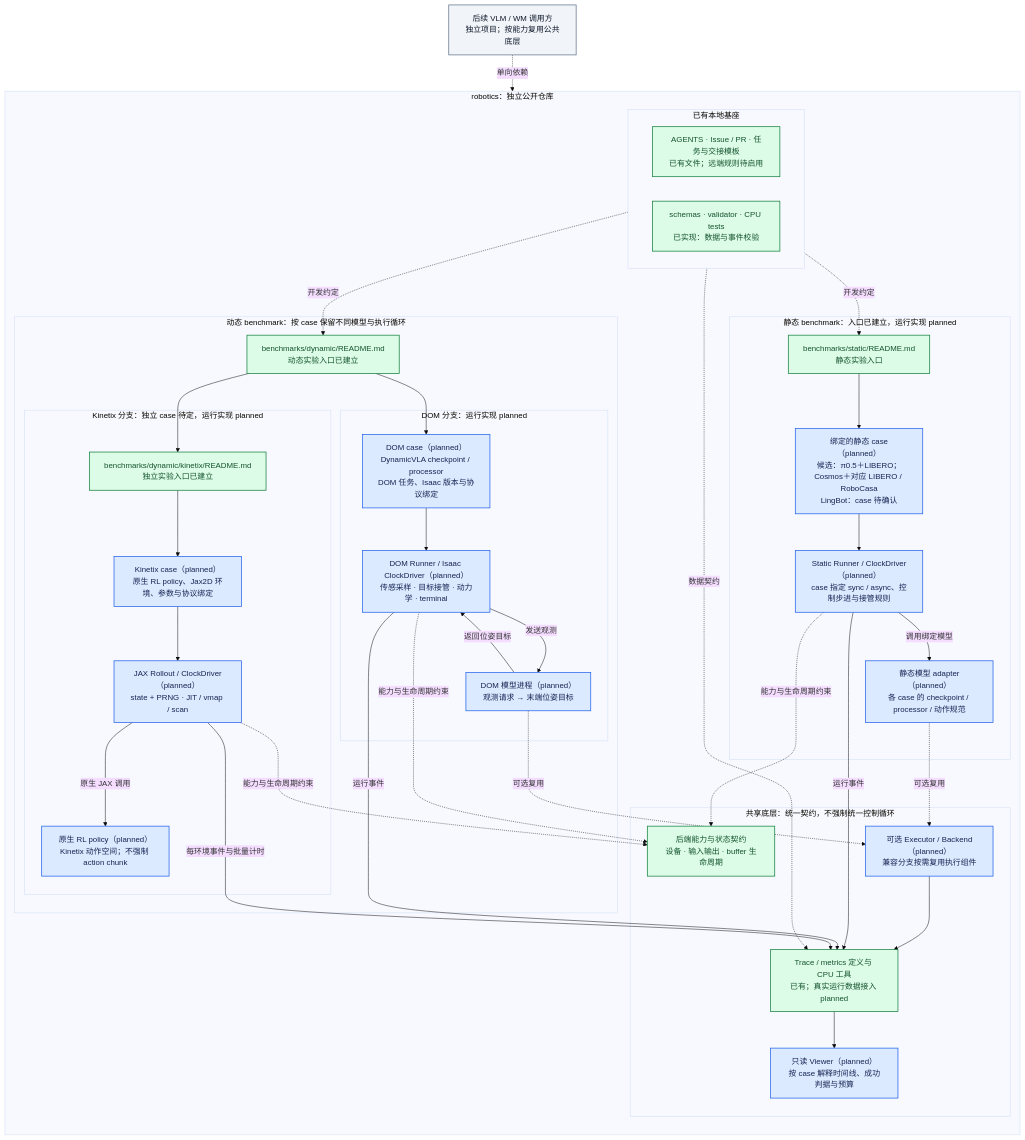
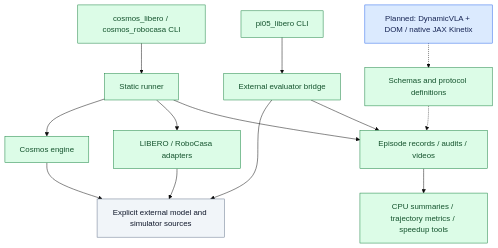
The diagram in docs/diagrams/01-architecture.mmd (Ther-nullptr/robotics-the-speedup-paradox), drawn with Mermaid (base theme) before and after one commit. The commit also changed 19 other files, not shown here.

```diff
--- a/docs/diagrams/01-architecture.mmd
+++ b/docs/diagrams/01-architecture.mmd
@@ -1,75 +1,21 @@
 flowchart TB
-    accTitle: Case-Bound Static and Dynamic Benchmark Architecture
-    accDescr: Static and dynamic benchmarks bind compatible models, processors, tasks, environments and protocols into cases. DOM uses a model process and Isaac clock driver; Kinetix uses a native RL policy and JAX rollout. They share contracts, capability descriptions, trace and metric definitions, with optional execution component reuse. Green nodes are existing documents or CPU tools; all model execution is planned.
-
-    subgraph public_repo["robotics：独立公开仓库"]
-        direction TB
-        subgraph foundation["已有本地基座"]
-            direction LR
-            collaboration["AGENTS · Issue / PR · 任务与交接模板<br/>已有文件；远端规则待启用"]
-            contracts["schemas · validator · CPU tests<br/>已实现：数据与事件校验"]
-        end
-
-        subgraph static_track["静态 benchmark：入口已建立，运行实现 planned"]
-            static_entry["benchmarks/static/README.md<br/>静态实验入口"]
-            static_case["绑定的静态 case（planned）<br/>候选：π0.5＋LIBERO；Cosmos＋对应 LIBERO / RoboCasa<br/>LingBot：case 待确认"]
-            static_policy["静态模型 adapter（planned）<br/>各 case 的 checkpoint / processor / 动作规范"]
-            static_driver["Static Runner / ClockDriver（planned）<br/>case 指定 sync / async、控制步进与接管规则"]
-            static_entry --> static_case
-            static_case --> static_driver
-            static_driver -->|调用绑定模型| static_policy
-        end
-
-        subgraph dynamic_track["动态 benchmark：按 case 保留不同模型与执行循环"]
-            dynamic_entry["benchmarks/dynamic/README.md<br/>动态实验入口已建立"]
-            subgraph dom_branch["DOM 分支：运行实现 planned"]
-                dom_case["DOM case（planned）<br/>DynamicVLA checkpoint / processor<br/>DOM 任务、Isaac 版本与协议绑定"]
-                dom_model["DOM 模型进程（planned）<br/>观测请求 → 末端位姿目标"]
-                dom_driver["DOM Runner / Isaac ClockDriver（planned）<br/>传感采样 · 目标接管 · 动力学 · terminal"]
-                dom_case --> dom_driver
-                dom_driver -->|发送观测| dom_model
-                dom_model -->|返回位姿目标| dom_driver
-            end
-            subgraph kinetix_branch["Kinetix 分支：独立 case 待定，运行实现 planned"]
-                kinetix_entry["benchmarks/dynamic/kinetix/README.md<br/>独立实验入口已建立"]
-                kinetix_case["Kinetix case（planned）<br/>原生 RL policy、Jax2D 环境、参数与协议绑定"]
-                kinetix_policy["原生 RL policy（planned）<br/>Kinetix 动作空间；不强制 action chunk"]
-                kinetix_driver["JAX Rollout / ClockDriver（planned）<br/>state + PRNG · JIT / vmap / scan"]
-                kinetix_entry --> kinetix_case
-                kinetix_case --> kinetix_driver
-                kinetix_driver -->|原生 JAX 调用| kinetix_policy
-            end
-            dynamic_entry --> dom_case
-            dynamic_entry --> kinetix_entry
-        end
-
-        subgraph shared_core["共享底层：统一契约，不强制统一控制循环"]
-            capabilities["后端能力与状态契约<br/>设备 · 输入输出 · buffer 生命周期"]
-            executor["可选 Executor / Backend（planned）<br/>兼容分支按需复用执行组件"]
-            trace_metrics["Trace / metrics 定义与 CPU 工具<br/>已有；真实运行数据接入 planned"]
-            viewer["只读 Viewer（planned）<br/>按 case 解释时间线、成功判据与预算"]
-            executor --> trace_metrics
-            trace_metrics --> viewer
-        end
-        static_driver -.能力与生命周期约束.-> capabilities
-        dom_driver -.能力与生命周期约束.-> capabilities
-        kinetix_driver -.能力与生命周期约束.-> capabilities
-        static_policy -.可选复用.-> executor
-        dom_model -.可选复用.-> executor
-        static_driver -->|运行事件| trace_metrics
-        dom_driver -->|运行事件| trace_metrics
-        kinetix_driver -->|每环境事件与批量计时| trace_metrics
-        collaboration -.开发约定.-> static_entry
-        collaboration -.开发约定.-> dynamic_entry
-        contracts -.数据契约.-> trace_metrics
-    end
-
-    future_consumers["后续 VLM / WM 调用方<br/>独立项目；按能力复用公共底层"]
-    future_consumers -.单向依赖.-> capabilities
-
-    classDef existing fill:#dcfce7,stroke:#15803d,color:#14532d,stroke-width:1.5px
-    classDef planned fill:#dbeafe,stroke:#2563eb,color:#172554,stroke-width:1.5px
-    classDef external fill:#f1f5f9,stroke:#64748b,color:#0f172a,stroke-width:1.5px
-    class collaboration,contracts,static_entry,dynamic_entry,kinetix_entry,capabilities,trace_metrics existing
-    class static_case,static_policy,static_driver,dom_case,dom_model,dom_driver,kinetix_case,kinetix_policy,kinetix_driver,executor,viewer planned
-    class future_consumers external
+    accTitle: Implemented Robotics Case Architecture
+    accDescr: Three static cases are runnable. Pi05 uses a compatible external evaluator; Cosmos cases share the native static runner, engine and simulator adapters. CPU contracts and analysis are shared. Dynamic cases remain planned.
+    pi05["pi05_libero CLI"] --> evaluator["External evaluator bridge"]
+    cosmos["cosmos_libero / cosmos_robocasa CLI"] --> runner["Static runner"]
+    runner --> engine["Cosmos engine"]
+    runner --> simulator["LIBERO / RoboCasa adapters"]
+    engine --> external["Explicit external model and simulator sources"]
+    simulator --> external
+    evaluator --> external
+    evaluator --> artifacts["Episode records / audits / videos"]
+    runner --> artifacts
+    artifacts --> tools["CPU summaries / trajectory metrics / speedup tools"]
+    contracts["Schemas and protocol definitions"] -.-> artifacts
+    dynamic["Planned: DynamicVLA + DOM / native JAX Kinetix"] -.-> contracts
+    classDef existing fill:#dcfce7,stroke:#15803d,color:#14532d
+    classDef planned fill:#dbeafe,stroke:#2563eb,color:#172554
+    classDef external fill:#f1f5f9,stroke:#64748b,color:#0f172a
+    class pi05,evaluator,cosmos,runner,engine,simulator,artifacts,tools,contracts existing
+    class dynamic planned
+    class external external
```
